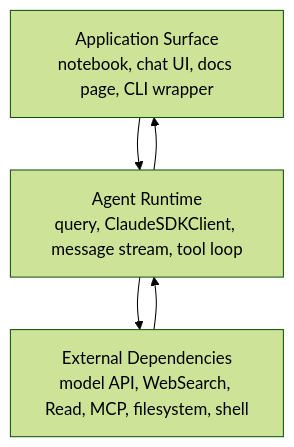
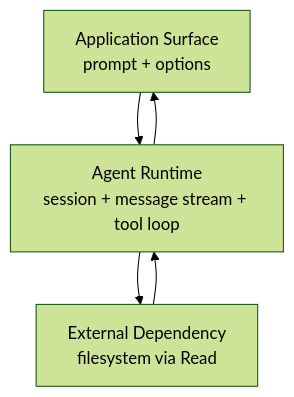
One commit to nfbs2000/speaky-claude-cookbooks changed the diagram in docs/book/part1/ch01.md. Above: the diagram before and after it, drawn with Mermaid (forest theme). The commit also changed other lines of this file and 13 other files, not shown here.

````diff
--- a/docs/book/part1/ch01.md
+++ b/docs/book/part1/ch01.md
@@ -102,7 +116,7 @@
 ```mermaid
 flowchart TB
-    A["Application Surface<br/>notebook, chat UI, docs page, CLI wrapper"] --> B["Agent Runtime<br/>query, ClaudeSDKClient, message stream, tool loop"]
-    B --> C["External Dependencies<br/>model API, WebSearch, Read, MCP, filesystem, shell"]
+    A["Application Surface<br/>prompt + options"] --> B["Agent Runtime<br/>session + message stream + tool loop"]
+    B --> C["External Dependency<br/>filesystem via Read"]
     C --> B
     B --> A
 ```
````
